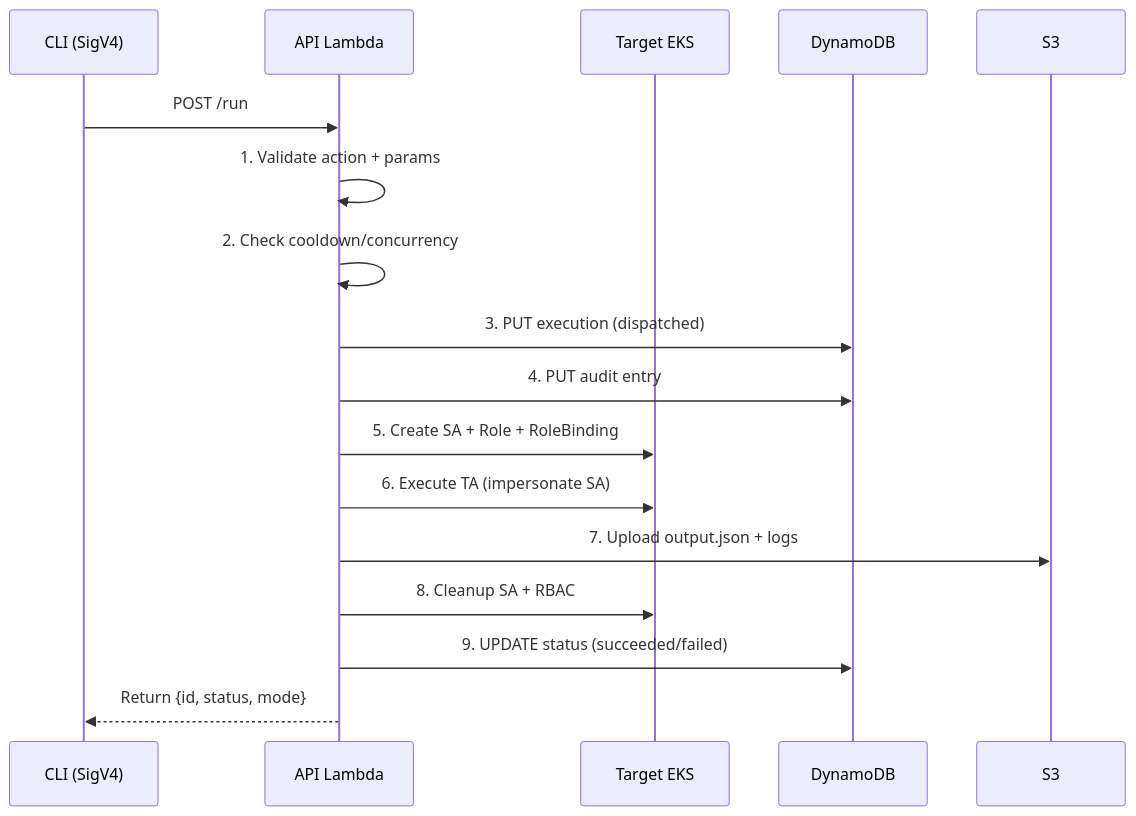
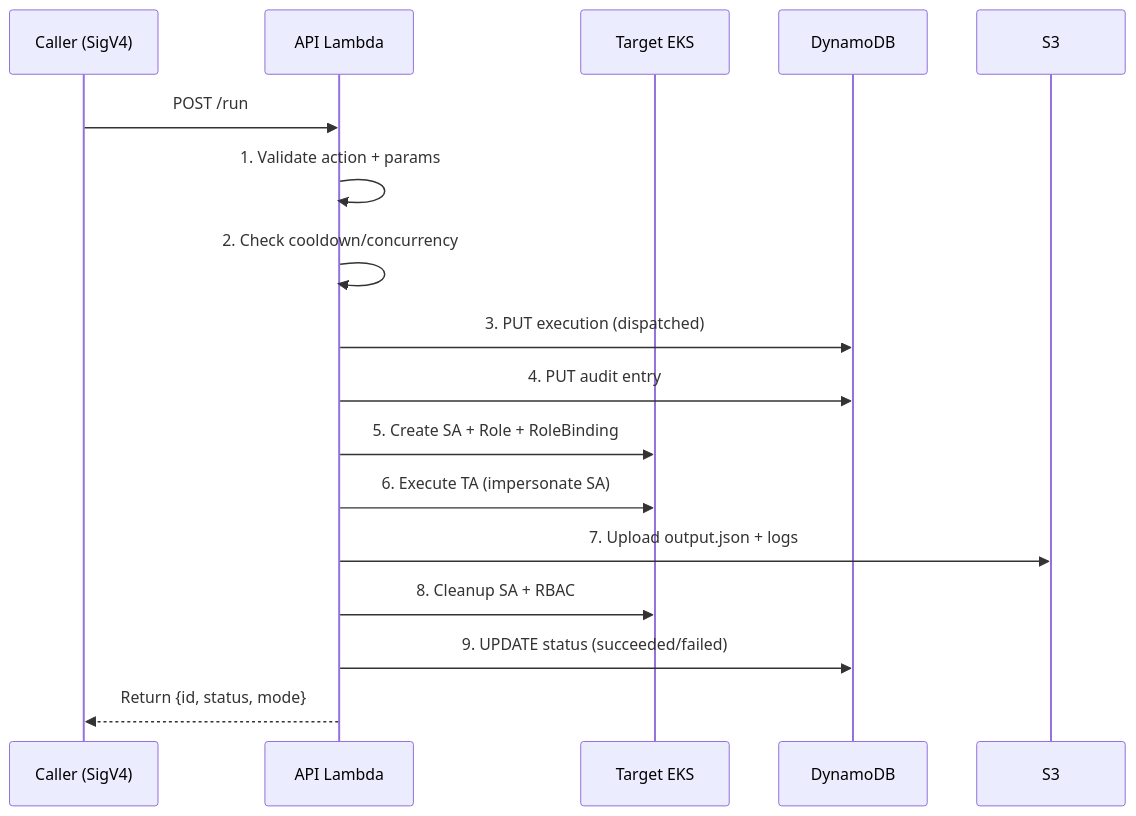
The first of 3 diagrams in docs/architecture/implementation.md (Alcamech/rosa-hyperfleet-zoa), drawn with Mermaid before and after one commit. The commit also changed other lines of this file and 12 other files, not shown here.

````diff
--- a/docs/architecture/implementation.md
+++ b/docs/architecture/implementation.md
@@ -7,20 +11,20 @@
 ```mermaid
 sequenceDiagram
-    participant CLI as CLI (SigV4)
+    participant CLI as Caller (SigV4)
     participant API as API Lambda
     participant EKS as Target EKS
     participant DDB as DynamoDB
     participant S3 as S3
 
     CLI->>API: POST /run
     API->>API: 1. Validate action + params
     API->>API: 2. Check cooldown/concurrency
     API->>DDB: 3. PUT execution (dispatched)
     API->>DDB: 4. PUT audit entry
     API->>EKS: 5. Create SA + Role + RoleBinding
     API->>EKS: 6. Execute TA (impersonate SA)
     API->>S3: 7. Upload output.json + logs
     API->>EKS: 8. Cleanup SA + RBAC
     API->>DDB: 9. UPDATE status (succeeded/failed)
     API-->>CLI: Return {id, status, mode}
 ```
````
